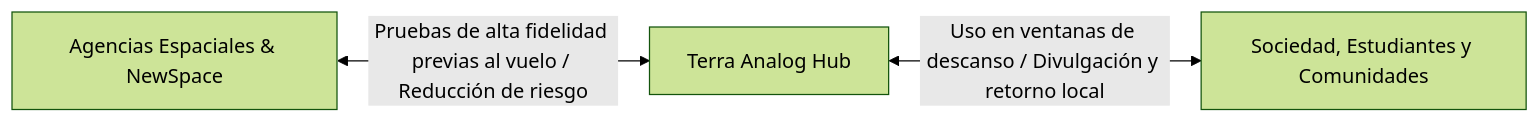
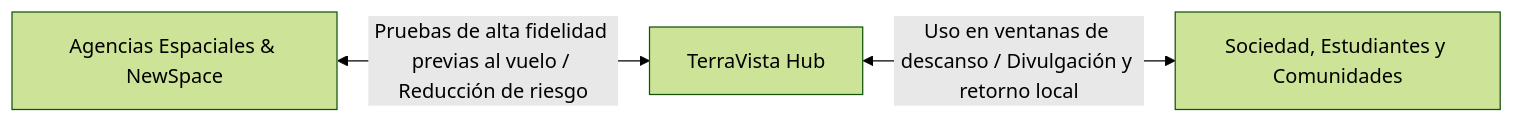
One commit to ZenidX/logos-space-apps-2026 changed the diagram in docs/propuesta-open-spaces-dev.md. Above: the diagram before and after it, drawn with Mermaid (forest theme). The commit also changed other lines of this file and 16 other files, not shown here.

Commit message:
Rename product to TerraVista; video script adds 'where they break'; Apollo 11 audio

````diff
--- a/docs/propuesta-open-spaces-dev.md
+++ b/docs/propuesta-open-spaces-dev.md
@@ -12,5 +12,5 @@
 ```mermaid
 flowchart LR
-    A["Agencias Espaciales & NewSpace"] <-->|"Pruebas de alta fidelidad previas al vuelo / Reducción de riesgo"| B["Terra Analog Hub"]
+    A["Agencias Espaciales & NewSpace"] <-->|"Pruebas de alta fidelidad previas al vuelo / Reducción de riesgo"| B["TerraVista Hub"]
     B <-->|"Uso en ventanas de descanso / Divulgación y retorno local"| C["Sociedad, Estudiantes y Comunidades"]
 ```
````
